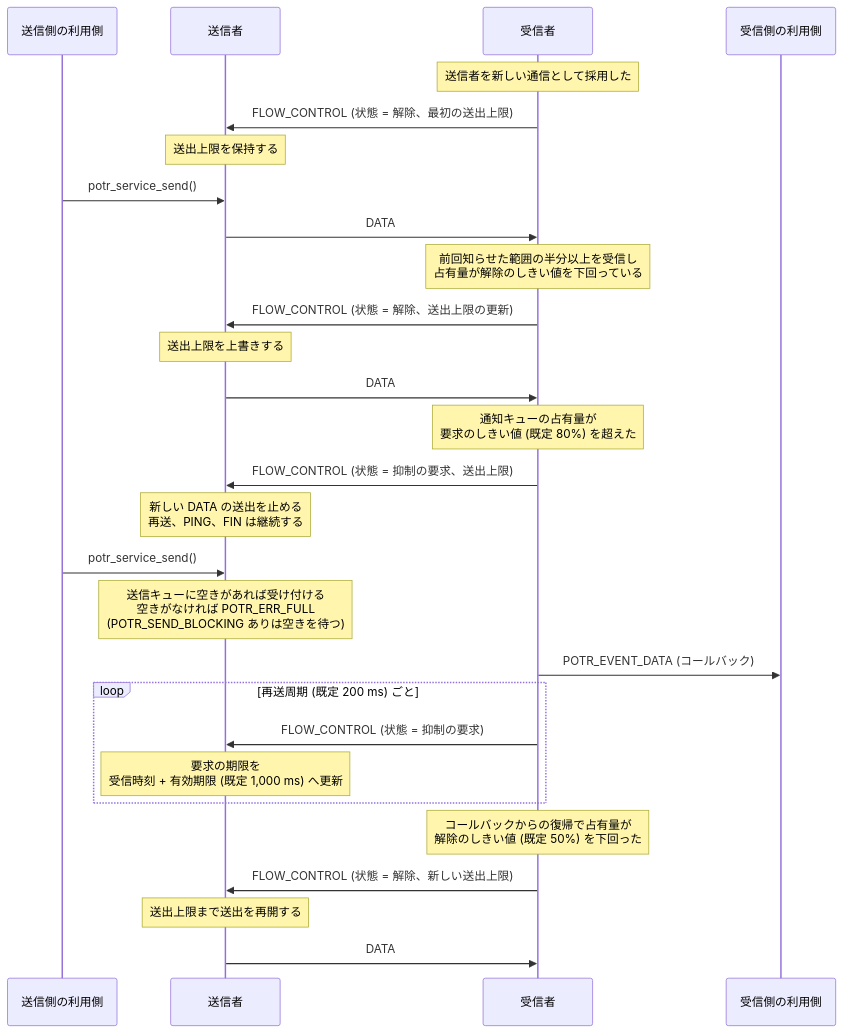
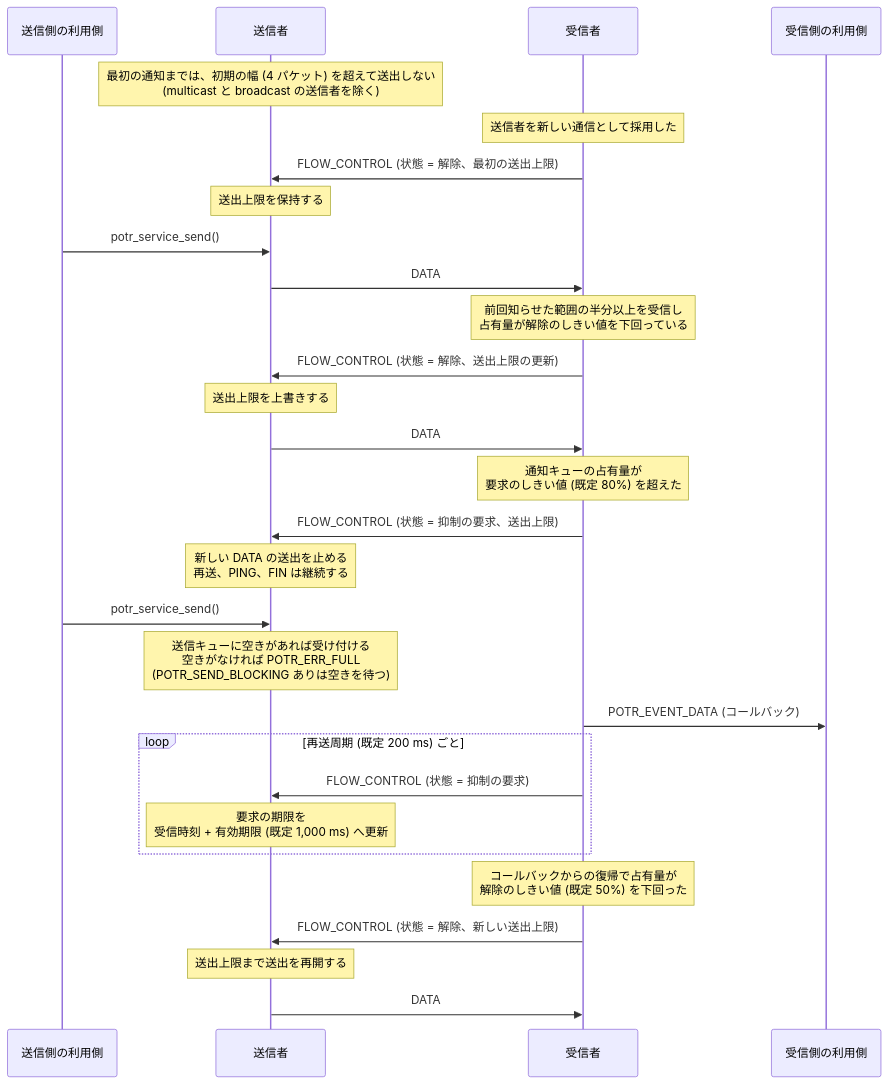
One commit to Hondarer/app_porter changed the tenth of 15 diagrams in docs/sequence-data.md. Above: the diagram before and after it, drawn with Mermaid. The commit also changed other lines of this file and 1 other file, not shown here.

First line of the commit message:
docs: sequence-data.md と architecture.md のフロー制御の説明を、現在の仕様に合わせる

````diff
--- a/docs/sequence-data.md
+++ b/docs/sequence-data.md
@@ -410,31 +412,32 @@
 ```mermaid
 sequenceDiagram
     participant SApp as 送信側の利用側
     participant S as 送信者
     participant R as 受信者
     participant RApp as 受信側の利用側
 
+    Note over S: 最初の通知までは、初期の幅 (4 パケット) を超えて送出しない<br>(multicast と broadcast の送信者を除く)
     Note over R: 送信者を新しい通信として採用した
     R->>S: FLOW_CONTROL (状態 = 解除、最初の送出上限)
     Note over S: 送出上限を保持する
     SApp->>S: potr_service_send()
     S->>R: DATA
     Note over R: 前回知らせた範囲の半分以上を受信し<br>占有量が解除のしきい値を下回っている
     R->>S: FLOW_CONTROL (状態 = 解除、送出上限の更新)
     Note over S: 送出上限を上書きする
     S->>R: DATA
     Note over R: 通知キューの占有量が<br>要求のしきい値 (既定 80%) を超えた
     R->>S: FLOW_CONTROL (状態 = 抑制の要求、送出上限)
     Note over S: 新しい DATA の送出を止める<br>再送、PING、FIN は継続する
     SApp->>S: potr_service_send()
     Note over S: 送信キューに空きがあれば受け付ける<br>空きがなければ POTR_ERR_FULL<br>(POTR_SEND_BLOCKING ありは空きを待つ)
     R->>RApp: POTR_EVENT_DATA (コールバック)
     loop 再送周期 (既定 200 ms) ごと
         R->>S: FLOW_CONTROL (状態 = 抑制の要求)
         Note over S: 要求の期限を<br>受信時刻 + 有効期限 (既定 1,000 ms) へ更新
     end
     Note over R: コールバックからの復帰で占有量が<br>解除のしきい値 (既定 50%) を下回った
     R->>S: FLOW_CONTROL (状態 = 解除、新しい送出上限)
     Note over S: 送出上限まで送出を再開する
     S->>R: DATA
 ```
````
